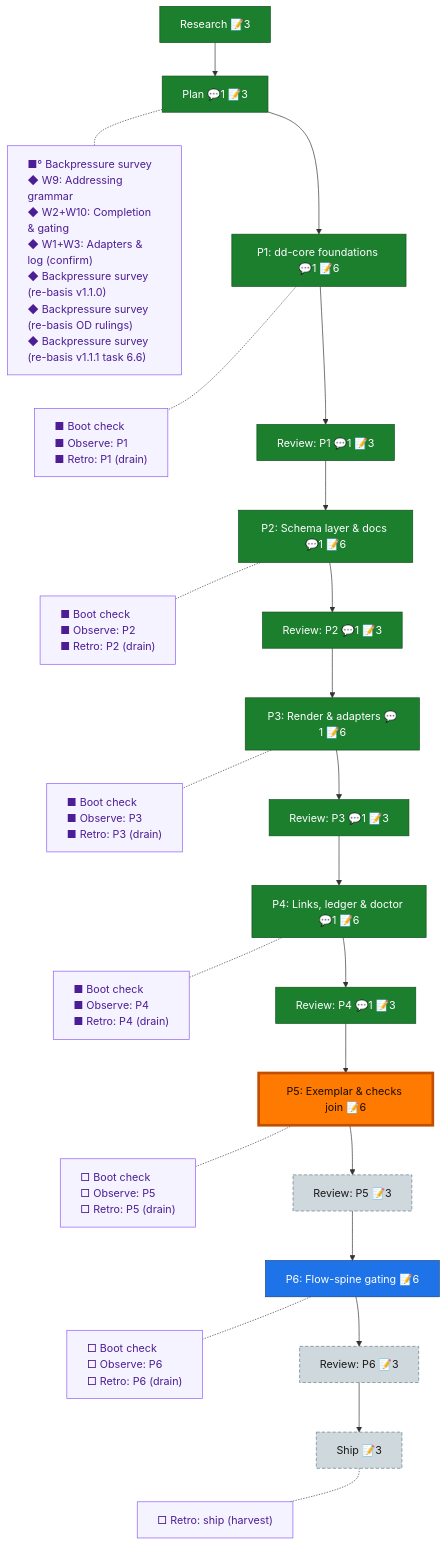
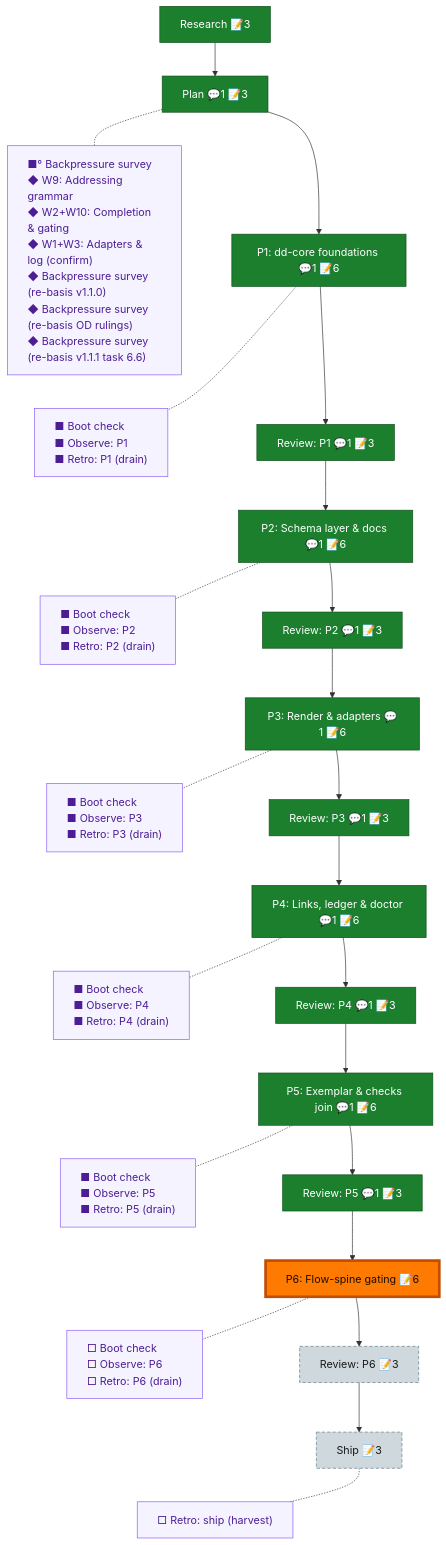
Before and after one commit to AI-Substrate/harness-engineering: the diagram in docs/plans/065-deterministic-documents/the-flow.md, drawn with Mermaid. The commit also changed other lines of this file and 2 other files, not shown here.

Commit message:
chore(flow): P5 closeout — phase-5/review-5 done (APPROVE after 1 fix round, ruled-values-need-pinning lesson drained), retro 004, nav -> phase-6

````diff
--- a/docs/plans/065-deterministic-documents/the-flow.md
+++ b/docs/plans/065-deterministic-documents/the-flow.md
@@ -8,49 +8,49 @@
 ```mermaid
 flowchart TD
     research["Research 📝3"]:::done
     plan["Plan 💬1 📝3"]:::done
     phase_1["P1: dd-core foundations 💬1 📝6"]:::done
     review_1["Review: P1 💬1 📝3"]:::done
     phase_2["P2: Schema layer & docs 💬1 📝6"]:::done
     review_2["Review: P2 💬1 📝3"]:::done
     phase_3["P3: Render & adapters 💬1 📝6"]:::done
     review_3["Review: P3 💬1 📝3"]:::done
     phase_4["P4: Links, ledger & doctor 💬1 📝6"]:::done
     review_4["Review: P4 💬1 📝3"]:::done
-    phase_5["P5: Exemplar & checks join 📝6"]:::known
-    review_5["Review: P5 📝3"]:::assumed
+    phase_5["P5: Exemplar & checks join 💬1 📝6"]:::done
+    review_5["Review: P5 💬1 📝3"]:::done
     phase_6["P6: Flow-spine gating 📝6"]:::known
     review_6["Review: P6 📝3"]:::assumed
     ship["Ship 📝3"]:::assumed
 
     research --> plan --> phase_1 --> review_1 --> phase_2 --> review_2 --> phase_3 --> review_3 --> phase_4 --> review_4 --> phase_5 --> review_5 --> phase_6 --> review_6 --> ship
 
     planC["■° Backpressure survey<br/>◆ W9: Addressing grammar<br/>◆ W2+W10: Completion & gating<br/>◆ W1+W3: Adapters & log (confirm)<br/>◆ Backpressure survey (re-basis v1.1.0)<br/>◆ Backpressure survey (re-basis OD rulings)<br/>◆ Backpressure survey (re-basis v1.1.1 task 6.6)"]:::chore
     phase_1C["■ Boot check<br/>■ Observe: P1<br/>■ Retro: P1 (drain)"]:::chore
     phase_2C["■ Boot check<br/>■ Observe: P2<br/>■ Retro: P2 (drain)"]:::chore
     phase_3C["■ Boot check<br/>■ Observe: P3<br/>■ Retro: P3 (drain)"]:::chore
     phase_4C["■ Boot check<br/>■ Observe: P4<br/>■ Retro: P4 (drain)"]:::chore
-    phase_5C["□ Boot check<br/>□ Observe: P5<br/>□ Retro: P5 (drain)"]:::chore
+    phase_5C["■ Boot check<br/>■ Observe: P5<br/>■ Retro: P5 (drain)"]:::chore
     phase_6C["□ Boot check<br/>□ Observe: P6<br/>□ Retro: P6 (drain)"]:::chore
     shipC["□ Retro: ship (harvest)"]:::chore
 
     %% invisible chain holds the gutter boxes in their own column
     planC ~~~ phase_1C ~~~ phase_2C ~~~ phase_3C ~~~ phase_4C ~~~ phase_5C ~~~ phase_6C ~~~ shipC
 
     %% dotted links pull each gutter box beside its node
     plan -.- planC
     phase_1 -.- phase_1C
     phase_2 -.- phase_2C
     phase_3 -.- phase_3C
     phase_4 -.- phase_4C
     phase_5 -.- phase_5C
     phase_6 -.- phase_6C
     ship -.- shipC
 
     classDef done fill:#1B7F2E,stroke:#0F4F1B,color:#fff;
     classDef known fill:#1E73E8,stroke:#0D3F86,color:#fff;
     classDef assumed fill:#CFD8DC,stroke:#607D8B,color:#1a1a1a,stroke-dasharray:5 3;
     classDef chore fill:#f5f3ff,stroke:#8b5cf6,color:#4c1d95,text-align:left;
     classDef current fill:#FF7A00,stroke:#C24E00,color:#1a0e00,stroke-width:4px;
-    class phase_5 current;
+    class phase_6 current;
 ```
````
